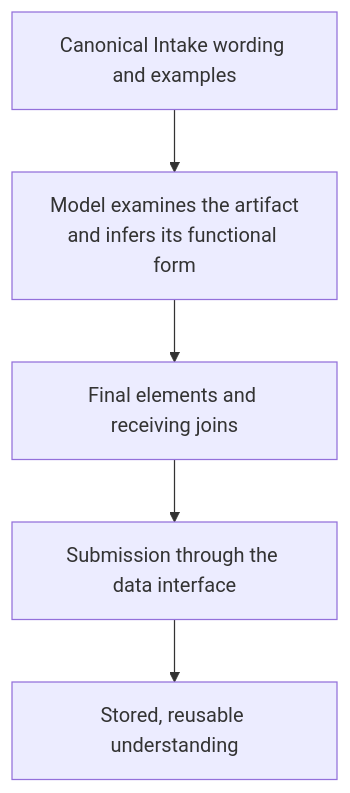
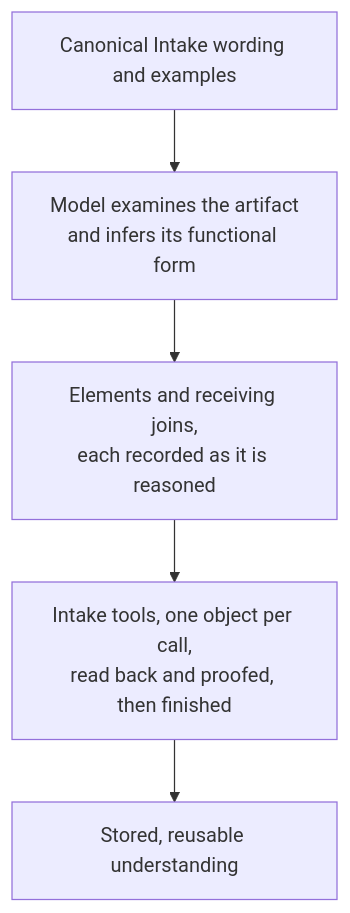
The fifth of 11 diagrams in docs/inference-metaform/REFERENCE.md (RchGrav/metaform), drawn with Mermaid before and after one commit. The commit also changed other lines of this file and 23 other files, not shown here.

````diff
--- a/docs/inference-metaform/REFERENCE.md
+++ b/docs/inference-metaform/REFERENCE.md
@@ -261,7 +263,7 @@
 ```mermaid
 flowchart TB
     A["Canonical Intake wording and examples"] --> B["Model examines the artifact<br/>and infers its functional form"]
-    B --> C["Final elements and receiving joins"]
-    C --> D["Submission through the data interface"]
+    B --> C["Elements and receiving joins,<br/>each recorded as it is reasoned"]
+    C --> D["Intake tools, one object per call,<br/>read back and proofed, then finished"]
     D --> E["Stored, reusable understanding"]
 ```
````
